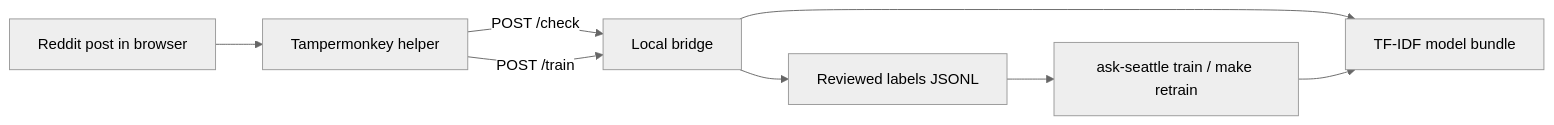
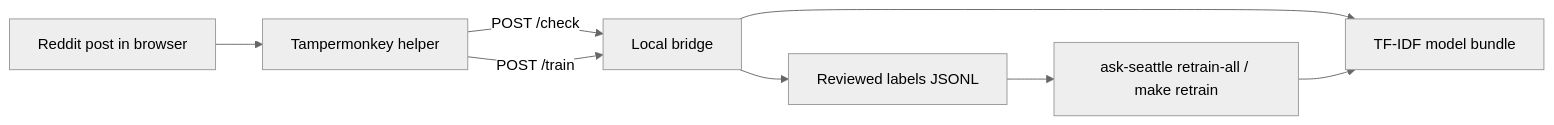
The diagram in README.md (sayhiben/ask-seattle), drawn with Mermaid (neutral theme) before and after one commit. The commit also changed other lines of this file and 28 other files, not shown here.

````diff
--- a/README.md
+++ b/README.md
@@ -30,10 +32,10 @@
 ```mermaid
 flowchart LR
     A["Reddit post in browser"] --> B["Tampermonkey helper"]
     B -->|"POST /check"| C["Local bridge"]
     B -->|"POST /train"| C
     C --> D["TF-IDF model bundle"]
     C --> E["Reviewed labels JSONL"]
-    E --> F["ask-seattle train / make retrain"]
+    E --> F["ask-seattle retrain-all / make retrain"]
     F --> D
 ```
````
